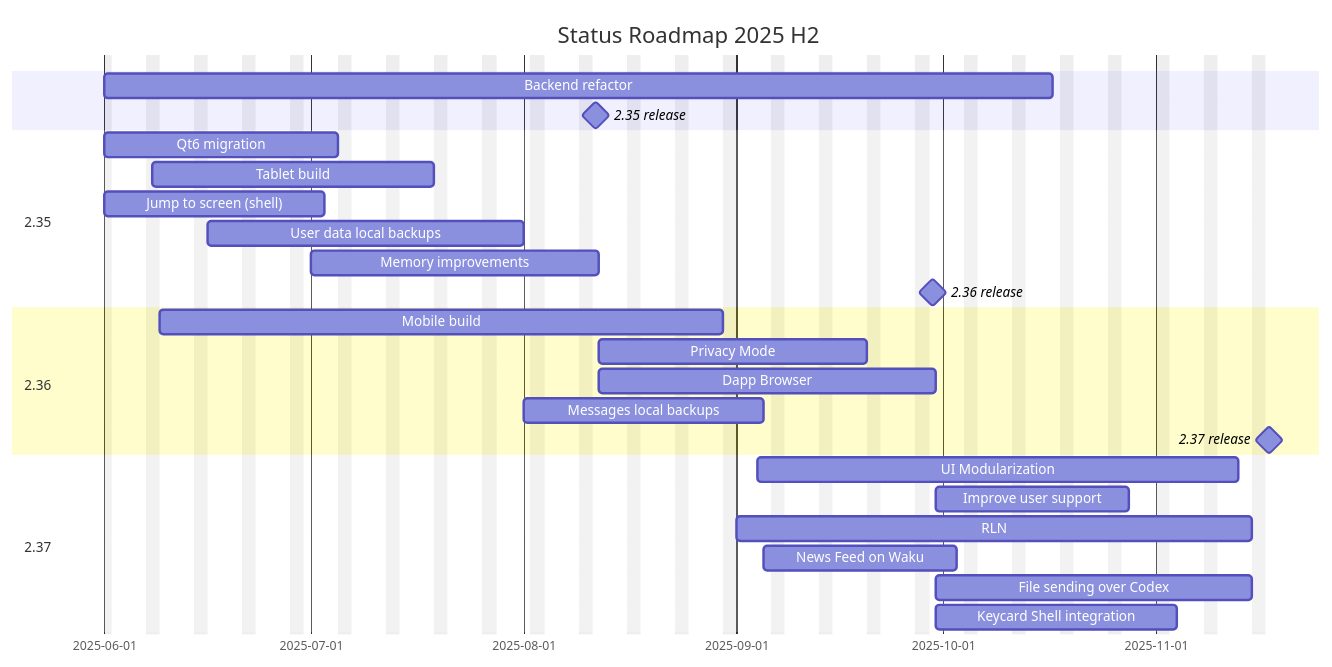
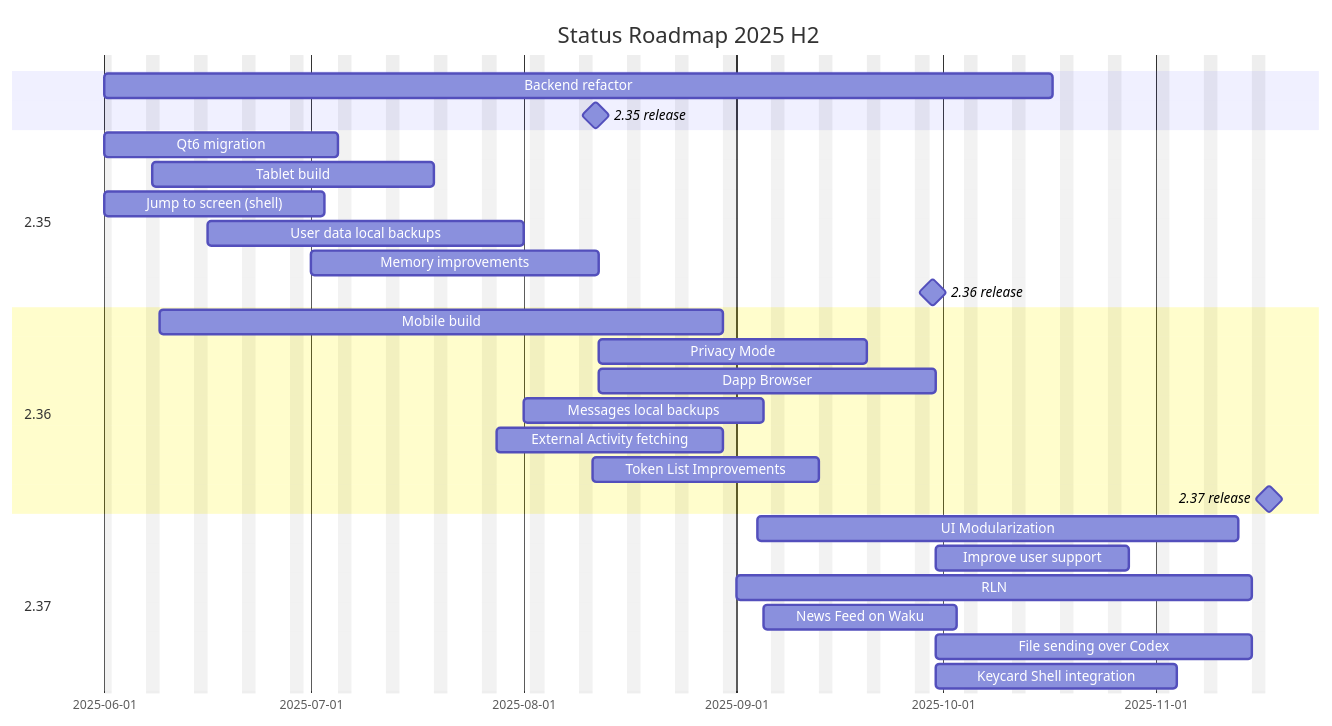
One commit to status-im/status-desktop changed the diagram in docs/roadmap.md. Above: the diagram before and after it, drawn with Mermaid. The commit also changed other lines of this file, not shown here.

Commit message:
update progress and add token list improvement

````diff
--- a/docs/roadmap.md
+++ b/docs/roadmap.md
@@ -14,37 +14,38 @@
 ```mermaid
 gantt
     title Status Roadmap 2025 H2
     excludes    weekends
     dateFormat  YYYY-MM-DD
 
     Backend refactor        :2025-06-01, 100d
 
     2.35 release :milestone, m235, 2025-08-11, 1d
 
     section 2.35
     Qt6 migration           :2025-06-01, 26d
     Tablet build            :t1, 2025-06-08, 31d
     Jump to screen (shell)  :2025-06-01, 24d
     User data local backups :lb1, 2025-06-16, 34d
     Memory improvements     :mi1, 2025-07-01, 30d
 
     2.36 release            :milestone, m236, 2025-09-29, 1d
 
     section 2.36
     Mobile build            :2025-06-09, 60d
     Privacy Mode            :after m235, 29d
     Dapp Browser            :after m235, 35d
     Messages local backups  :mlb, after lb1, 25d
+    External Activity fetching :2025-07-28, 25d
+    Token List Improvements  :2025-08-11, 25d
 
     2.37 release             :milestone, m237, 2025-11-17, 1d
 
     section 2.37
     UI Modularization           :2025-09-04, 50d
     Improve user support        :after m236, 20d
     RLN                         :2025-09-01, 55d
     News Feed on Waku           :after mlb,  20d
     File sending over Codex     :after m236, 34d
     Keycard Shell integration   :after m236, 25d
 
-
 ```
````
